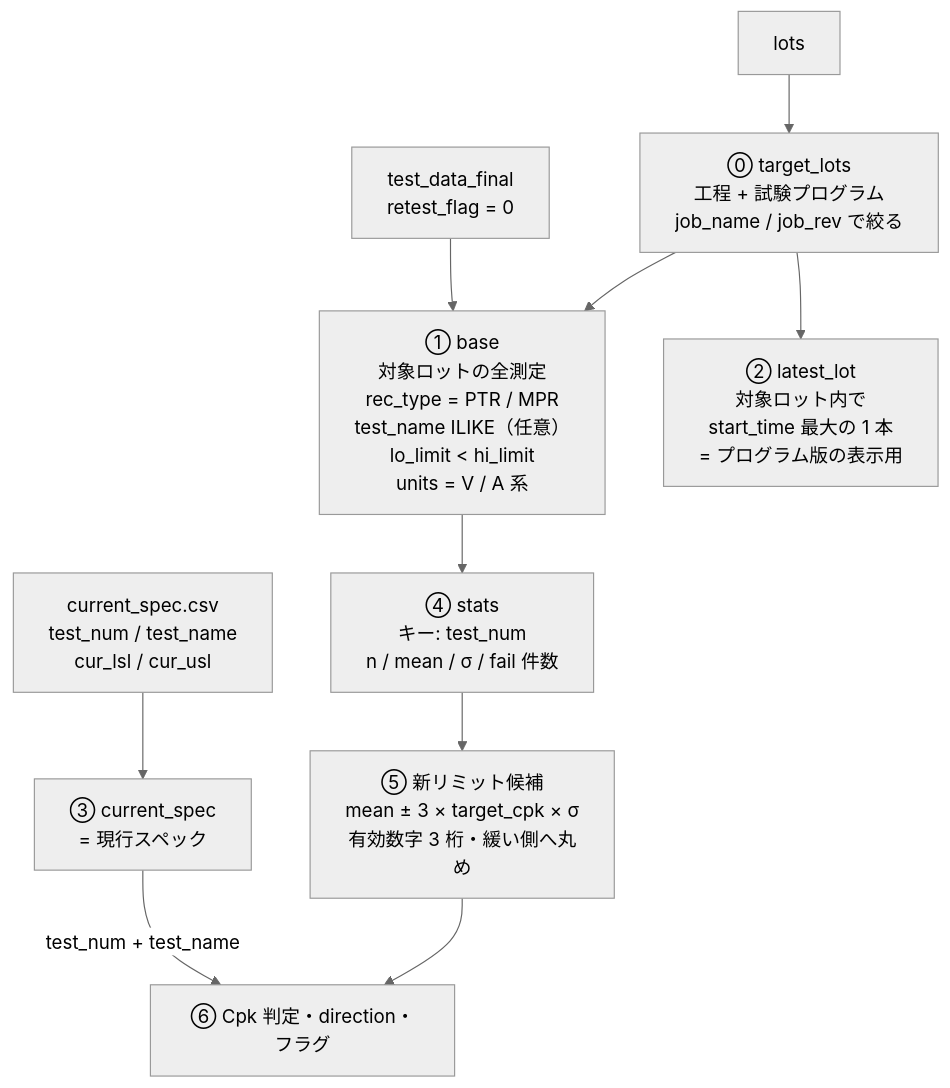
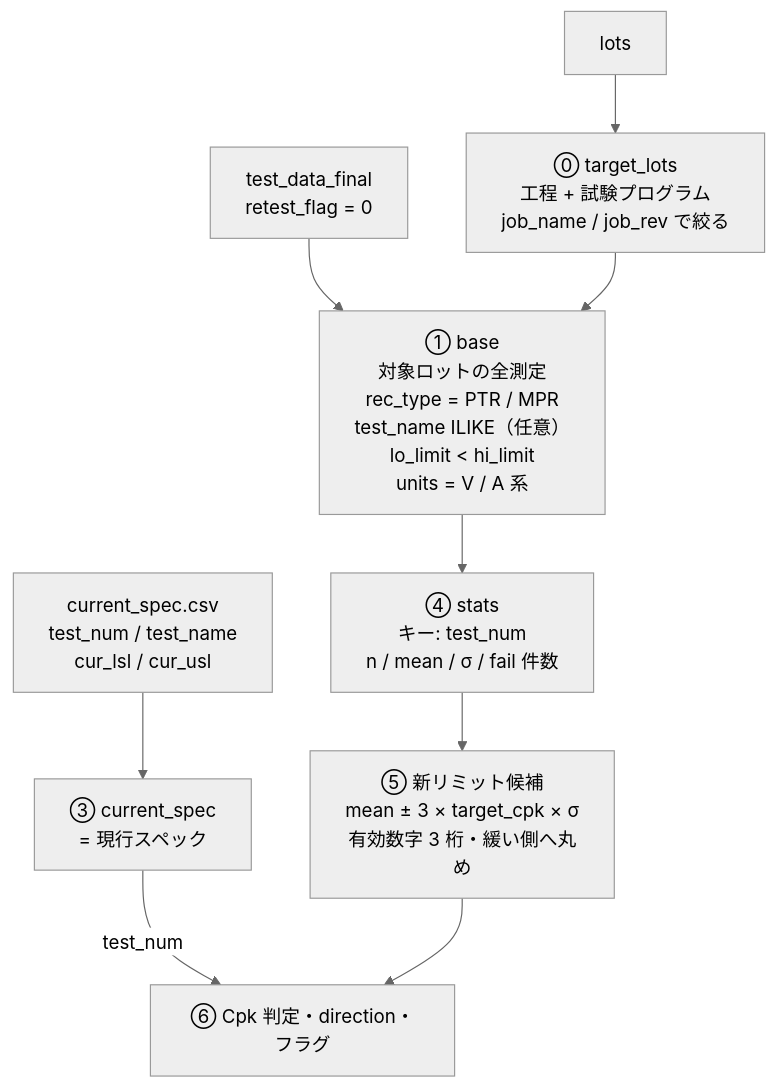
One commit to Kei0bb/STDF changed the first of 2 diagrams in docs/sample_queries.md. Above: the diagram before and after it, drawn with Mermaid (neutral theme). The commit also changed other lines of this file, not shown here.

First line of the commit message:
fix: spec CSV の join を test_num のみにし、基準ロット参照を削除

````diff
--- a/docs/sample_queries.md
+++ b/docs/sample_queries.md
@@ -803,15 +801,14 @@
 ```mermaid
 flowchart TD
     LO["lots"] --> TL["⓪ target_lots<br/>工程 + 試験プログラム<br/>job_name / job_rev で絞る"]
     TD["test_data_final<br/>retest_flag = 0"] --> BASE
     TL --> BASE
     BASE["① base<br/>対象ロットの全測定<br/>rec_type = PTR / MPR<br/>test_name ILIKE（任意）<br/>lo_limit &lt; hi_limit<br/>units = V / A 系"]
 
-    TL --> LL["② latest_lot<br/>対象ロット内で<br/>start_time 最大の 1 本<br/>= プログラム版の表示用"]
     CSVIN["current_spec.csv<br/>test_num / test_name<br/>cur_lsl / cur_usl"] --> CS["③ current_spec<br/>= 現行スペック"]
 
     BASE --> ST["④ stats<br/>キー: test_num<br/>n / mean / σ / fail 件数"]
     ST --> CAND["⑤ 新リミット候補<br/>mean ± 3 × target_cpk × σ<br/>有効数字 3 桁・緩い側へ丸め"]
-    CS -->|"test_num + test_name"| JUDGE["⑥ Cpk 判定・direction・フラグ"]
+    CS -->|"test_num"| JUDGE["⑥ Cpk 判定・direction・フラグ"]
     CAND --> JUDGE
 ```
````
